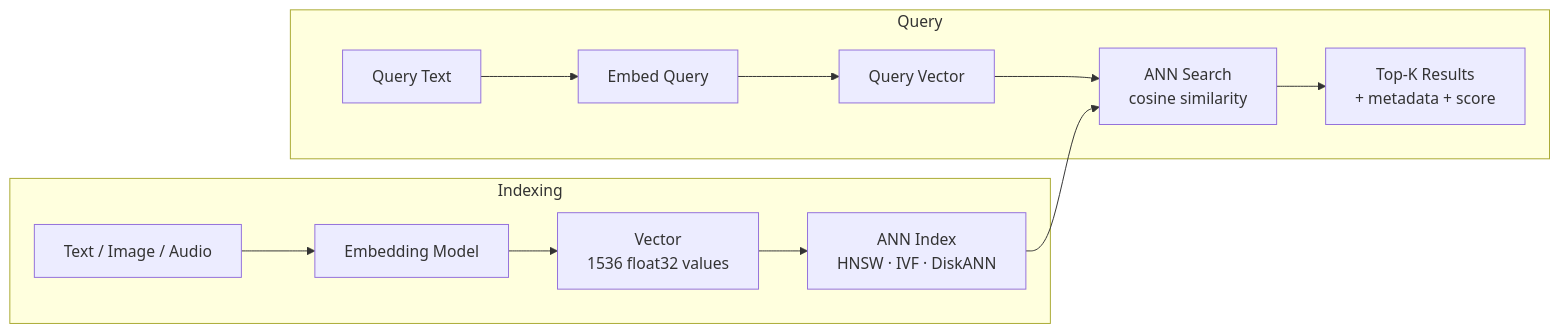
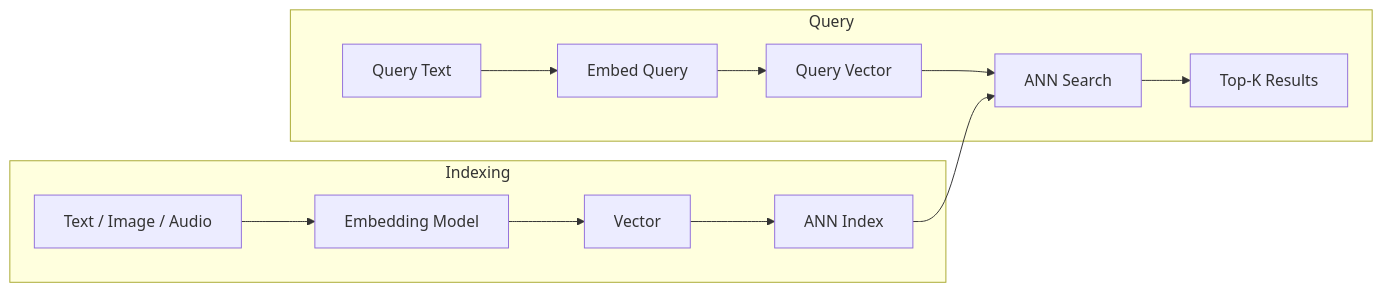
One commit to gcmishra7/data-engineering-helper changed the diagram in 11-ai-data-engineering/03-vector-databases.md. Above: the diagram before and after it, drawn with Mermaid. The commit also changed other lines of this file and 57 other files, not shown here.

First line of the commit message:
Shorten mermaid node labels to fix text truncation on GitHub

````diff
--- a/11-ai-data-engineering/03-vector-databases.md
+++ b/11-ai-data-engineering/03-vector-databases.md
@@ -8,16 +8,16 @@
 ```mermaid
 graph LR
     subgraph Indexing
         TEXT[Text / Image / Audio] --> EMBED[Embedding Model]
-        EMBED --> VEC[Vector<br/>1536 float32 values]
-        VEC --> IDX[ANN Index<br/>HNSW · IVF · DiskANN]
+        EMBED --> VEC[Vector]
+        VEC --> IDX[ANN Index]
     end
 
     subgraph Query
         Q[Query Text] --> QE[Embed Query]
         QE --> QVEC[Query Vector]
-        QVEC --> SEARCH[ANN Search<br/>cosine similarity]
+        QVEC --> SEARCH[ANN Search]
         IDX --> SEARCH
-        SEARCH --> TOP[Top-K Results<br/>+ metadata + score]
+        SEARCH --> TOP[Top-K Results]
     end
 ```
````
